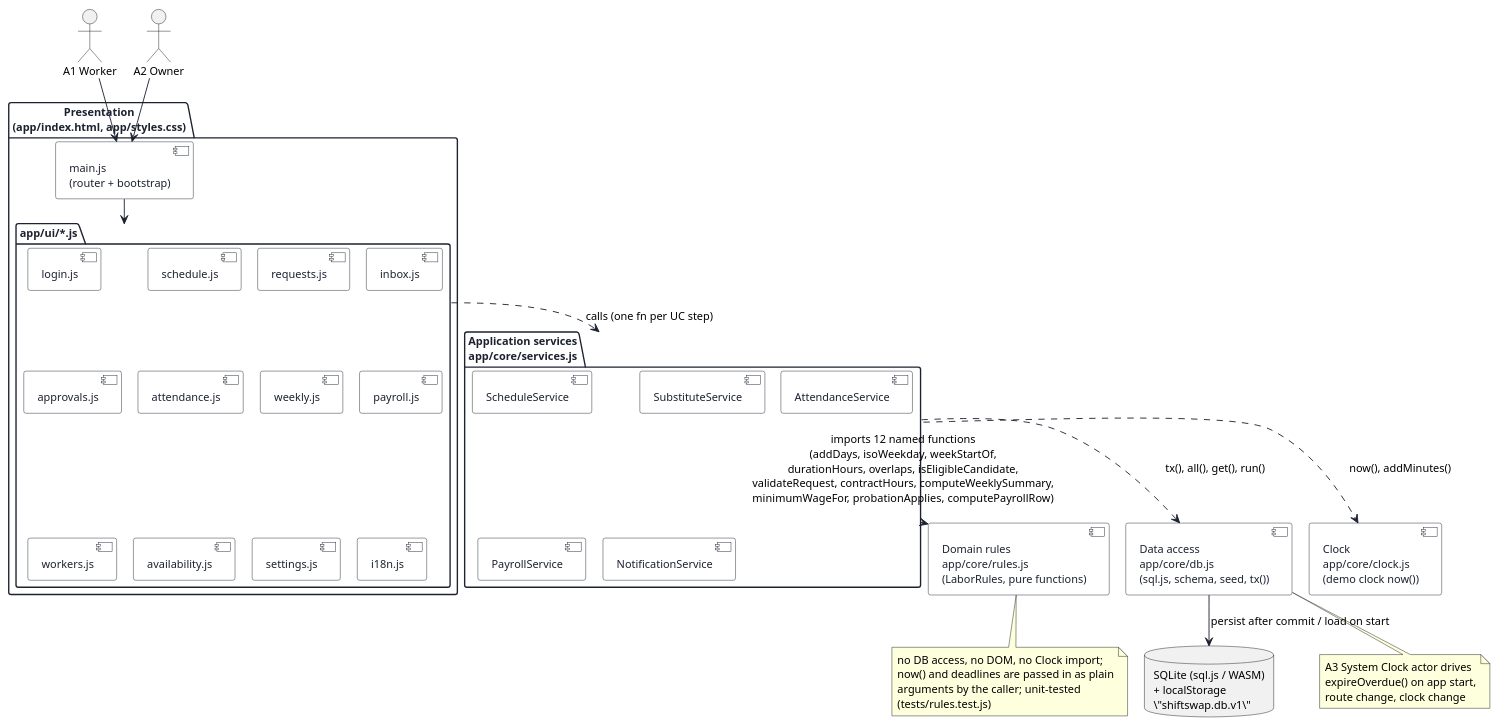
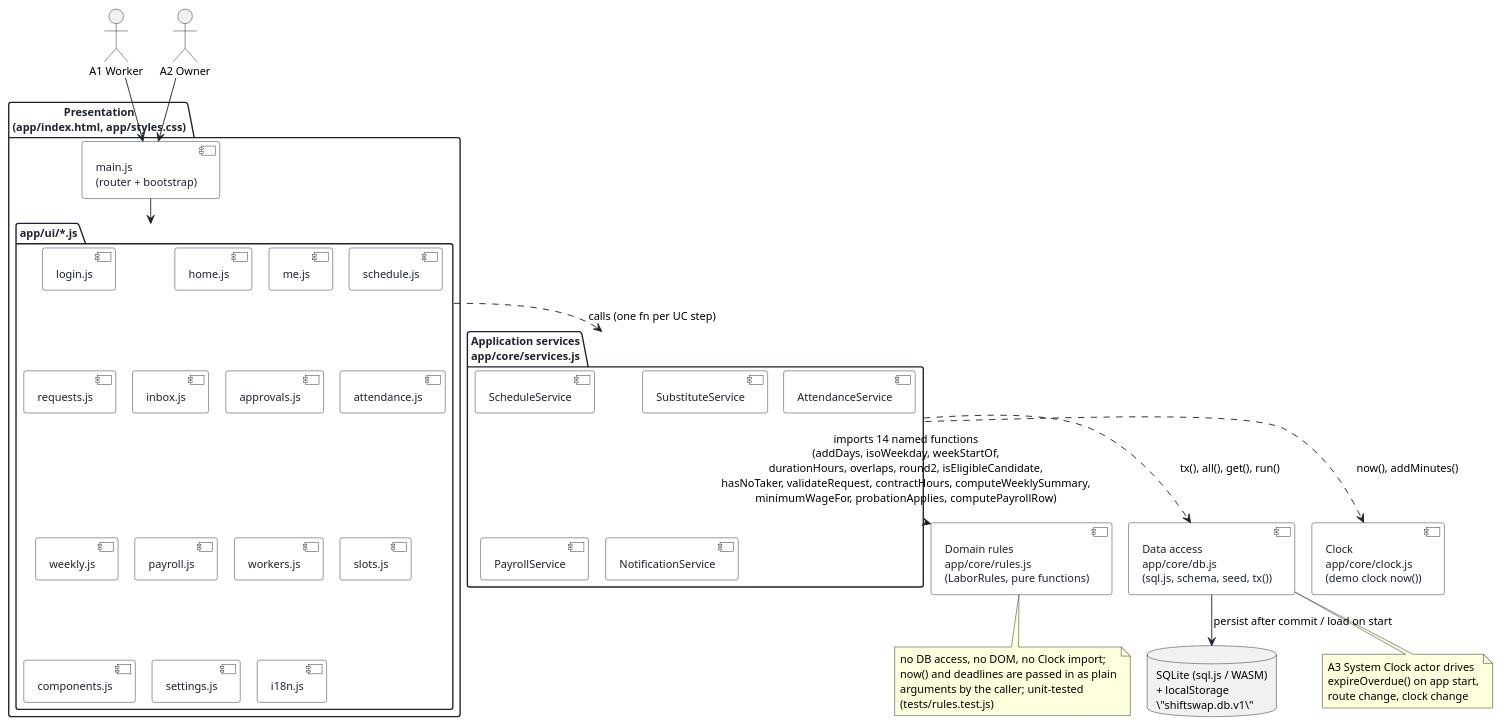
The diagram in uml/src/component.puml (keemlogan/shiftswap), drawn with PlantUML before and after one commit. The commit also changed 113 other files, not shown here.

Commit message:
Iteration 6: availability removed, can't answer and FAILED ending; Korean display names; 84 tests, check 128/128; docs, UML and deck updated

```diff
--- a/uml/src/component.puml
+++ b/uml/src/component.puml
@@ -1,82 +1,85 @@
 @startuml component
 !pragma layout smetana
 skinparam defaultFontName "Helvetica"
 skinparam defaultFontSize 12
 skinparam shadowing false
 skinparam backgroundColor #FFFFFF
 skinparam component {
   BackgroundColor #FFFFFF
   BorderColor #1C2230
   FontColor #1C2230
   ArrowColor #1C2230
 }
 skinparam package {
   BackgroundColor #FFFFFF
   BorderColor #1C2230
   FontColor #1C2230
 }
 skinparam interface {
   BackgroundColor #FFFFFF
   BorderColor #1C2230
 }
 
 actor "A1 Worker" as Worker
 actor "A2 Owner" as Owner
 
 package "Presentation\n(app/index.html, app/styles.css)" as Presentation {
   [main.js\n(router + bootstrap)] as Main
   package "app/ui/*.js" as UI {
     [login.js]
+    [home.js]
+    [me.js]
     [schedule.js]
     [requests.js]
     [inbox.js]
     [approvals.js]
     [attendance.js]
     [weekly.js]
     [payroll.js]
     [workers.js]
-    [availability.js]
+    [slots.js]
+    [components.js]
     [settings.js]
     [i18n.js]
   }
 }
 
 package "Application services\napp/core/services.js" as AppServices {
   [ScheduleService]
   [SubstituteService]
   [AttendanceService]
   [PayrollService]
   [NotificationService]
 }
 
 component "Domain rules\napp/core/rules.js\n(LaborRules, pure functions)" as Rules
 
 component "Data access\napp/core/db.js\n(sql.js, schema, seed, tx())" as DBModule
 
 component "Clock\napp/core/clock.js\n(demo clock now())" as Clock
 
 database "SQLite (sql.js / WASM)\n+ localStorage\n\"shiftswap.db.v1\"" as Storage
 
 Worker --> Main
 Owner --> Main
 Main --> UI
 
 UI ..> AppServices : calls (one fn per UC step)
-AppServices ..> Rules : imports 12 named functions\n(addDays, isoWeekday, weekStartOf,\ndurationHours, overlaps, isEligibleCandidate,\nvalidateRequest, contractHours, computeWeeklySummary,\nminimumWageFor, probationApplies, computePayrollRow)
+AppServices ..> Rules : imports 14 named functions\n(addDays, isoWeekday, weekStartOf,\ndurationHours, overlaps, round2, isEligibleCandidate,\nhasNoTaker, validateRequest, contractHours, computeWeeklySummary,\nminimumWageFor, probationApplies, computePayrollRow)
 AppServices ..> DBModule : tx(), all(), get(), run()
 AppServices ..> Clock : now(), addMinutes()
 DBModule --> Storage : persist after commit / load on start
 
 note bottom of Rules
   no DB access, no DOM, no Clock import;
   now() and deadlines are passed in as plain
   arguments by the caller; unit-tested
   (tests/rules.test.js)
 end note
 
 note bottom of DBModule
   A3 System Clock actor drives
   expireOverdue() on app start,
   route change, clock change
 end note
 @enduml
```
